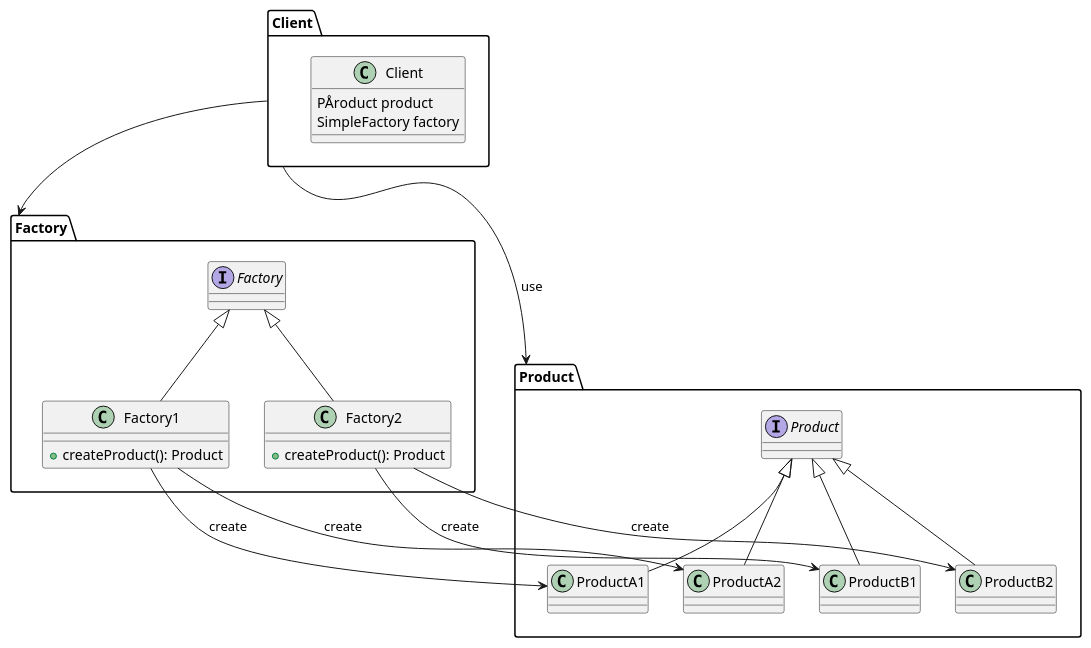
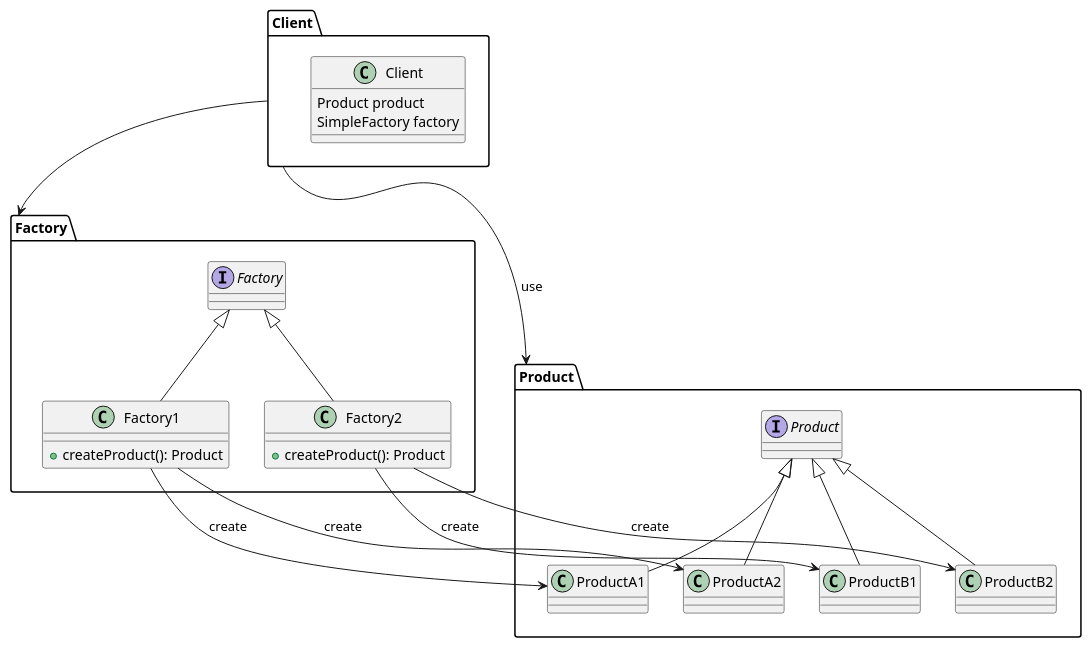
One commit to IceMimosa/TODO changed the diagram in todo-code/src/main/kotlin/io/patamon/todo/design_pattern/工厂模式.puml. Above: the diagram before and after it, drawn with PlantUML. The commit also changed 5 other files, not shown here.

```diff
--- a/todo-code/src/main/kotlin/io/patamon/todo/design_pattern/工厂模式.puml
+++ b/todo-code/src/main/kotlin/io/patamon/todo/design_pattern/工厂模式.puml
@@ -1,46 +1,46 @@
 @startuml
 
 package "Product" {
     interface Product {
 
     }
 
     class ProductA1 extends Product {
     }
 
     class ProductA2 extends Product {
     }
 
     class ProductB1 extends Product {
     }
 
     class ProductB2 extends Product {
     }
 }
 
 package "Factory" {
     interface Factory {
     }
     class Factory1 extends Factory {
         +createProduct(): Product
     }
     class Factory2 extends Factory {
         +createProduct(): Product
     }
 }
 
 package "Client" {
     class Client {
-        PÅroduct product
+        Product product
         SimpleFactory factory
     }
 }
 
 Client --> Factory
 Client --> Product : use
 Factory1 --> ProductA1 : create
 Factory1 --> ProductA2 : create
 Factory2 --> ProductB1 : create
 Factory2 --> ProductB2 : create
 
 @enduml
```
